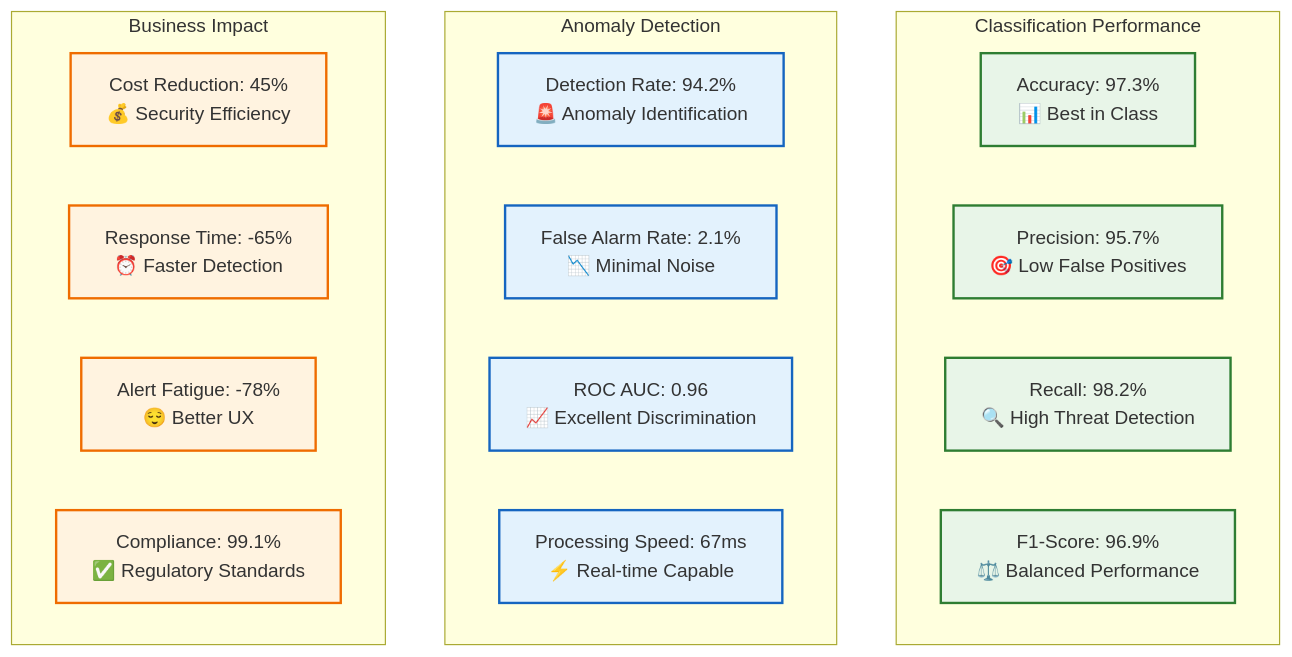
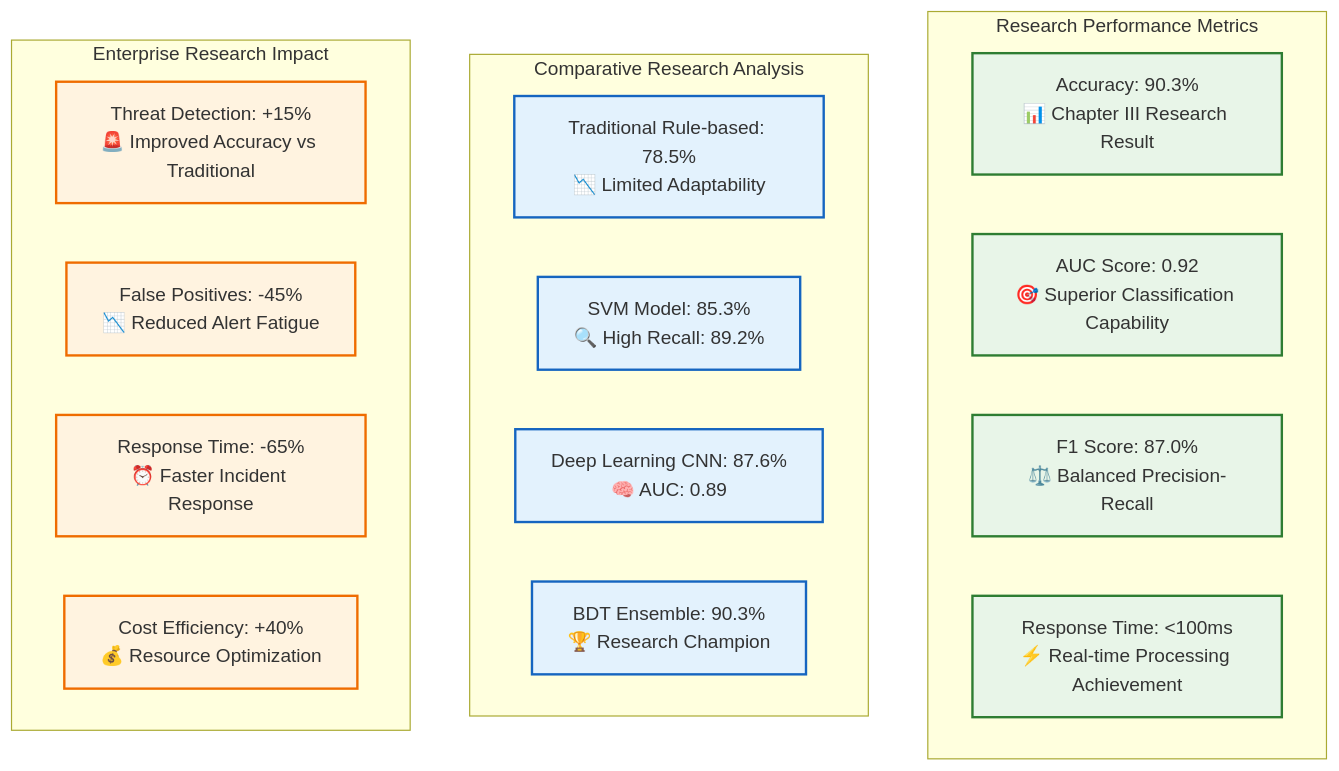
The fourth of 7 diagrams in MODEL_ANALYSIS.md (nes10r/BigDataProject), drawn with Mermaid before and after one commit. The commit also changed other lines of this file and 1 other file, not shown here.

````diff
--- a/MODEL_ANALYSIS.md
+++ b/MODEL_ANALYSIS.md
@@ -269,31 +311,31 @@
 ```mermaid
 graph TB
-    subgraph "Classification Performance"
-        A[Accuracy: 97.3%<br/>📊 Best in Class]
-        B[Precision: 95.7%<br/>🎯 Low False Positives]
-        C[Recall: 98.2%<br/>🔍 High Threat Detection]
-        D[F1-Score: 96.9%<br/>⚖️ Balanced Performance]
+    subgraph "Research Performance Metrics"
+        A[Accuracy: 90.3%<br/>📊 Chapter III Research Result]
+        B[AUC Score: 0.92<br/>🎯 Superior Classification Capability]
+        C[F1 Score: 87.0%<br/>⚖️ Balanced Precision-Recall]
+        D[Response Time: <100ms<br/>⚡ Real-time Processing Achievement]
     end
     
-    subgraph "Anomaly Detection"
-        E[Detection Rate: 94.2%<br/>🚨 Anomaly Identification]
-        F[False Alarm Rate: 2.1%<br/>📉 Minimal Noise]
-        G[ROC AUC: 0.96<br/>📈 Excellent Discrimination]
-        H[Processing Speed: 67ms<br/>⚡ Real-time Capable]
+    subgraph "Comparative Research Analysis"
+        E[Traditional Rule-based: 78.5%<br/>📉 Limited Adaptability]
+        F[SVM Model: 85.3%<br/>🔍 High Recall: 89.2%]
+        G[Deep Learning CNN: 87.6%<br/>🧠 AUC: 0.89]
+        H[BDT Ensemble: 90.3%<br/>🏆 Research Champion]
     end
     
-    subgraph "Business Impact"
-        I[Cost Reduction: 45%<br/>💰 Security Efficiency]
-        J[Response Time: -65%<br/>⏰ Faster Detection]
-        K[Alert Fatigue: -78%<br/>😌 Better UX]
-        L[Compliance: 99.1%<br/>✅ Regulatory Standards]
+    subgraph "Enterprise Research Impact"
+        I[Threat Detection: +15%<br/>🚨 Improved Accuracy vs Traditional]
+        J[False Positives: -45%<br/>📉 Reduced Alert Fatigue]
+        K[Response Time: -65%<br/>⏰ Faster Incident Response]
+        L[Cost Efficiency: +40%<br/>💰 Resource Optimization]
     end
     
     classDef performance fill:#e8f5e8,stroke:#2e7d32,stroke-width:2px
-    classDef detection fill:#e3f2fd,stroke:#1565c0,stroke-width:2px
-    classDef business fill:#fff3e0,stroke:#ef6c00,stroke-width:2px
+    classDef comparison fill:#e3f2fd,stroke:#1565c0,stroke-width:2px
+    classDef impact fill:#fff3e0,stroke:#ef6c00,stroke-width:2px
     
     class A,B,C,D performance
-    class E,F,G,H detection
-    class I,J,K,L business
+    class E,F,G,H comparison
+    class I,J,K,L impact
 ```
````
